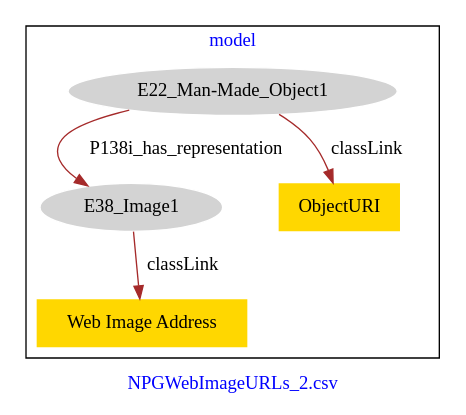
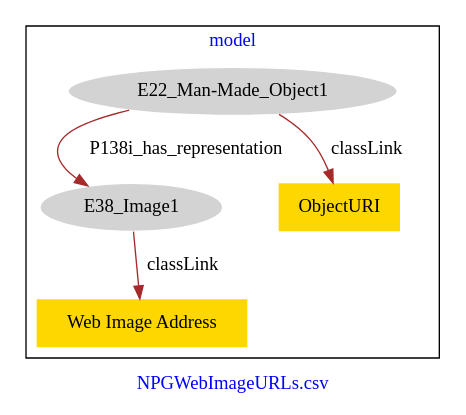
One commit to american-art/npg changed the diagram in NPGWebImageURLs/NPGWebImageURLs_2-model.dot. Above: the diagram before and after it, drawn with Graphviz.

Commit message:
Update file NPGWebImageURLs_2-model.dot

```diff
--- a/NPGWebImageURLs/NPGWebImageURLs_2-model.dot
+++ b/NPGWebImageURLs/NPGWebImageURLs_2-model.dot
@@ -1,15 +1,15 @@
 digraph n0 {
 fontcolor="blue"
 remincross="true"
-label="NPGWebImageURLs_2.csv"
+label="NPGWebImageURLs.csv"
 subgraph cluster {
 label="model"
 n2[style="filled",color="white",fillcolor="lightgray",label="E22_Man-Made_Object1"];
 n3[style="filled",color="white",fillcolor="lightgray",label="E38_Image1"];
 n4[shape="plaintext",style="filled",fillcolor="gold",label="ObjectURI"];
 n5[shape="plaintext",style="filled",fillcolor="gold",label="Web Image Address"];
 }
 n2 -> n3[color="brown",fontcolor="black",label="P138i_has_representation"]
 n2 -> n4[color="brown",fontcolor="black",label="classLink"]
 n3 -> n5[color="brown",fontcolor="black",label="classLink"]
 }
```
